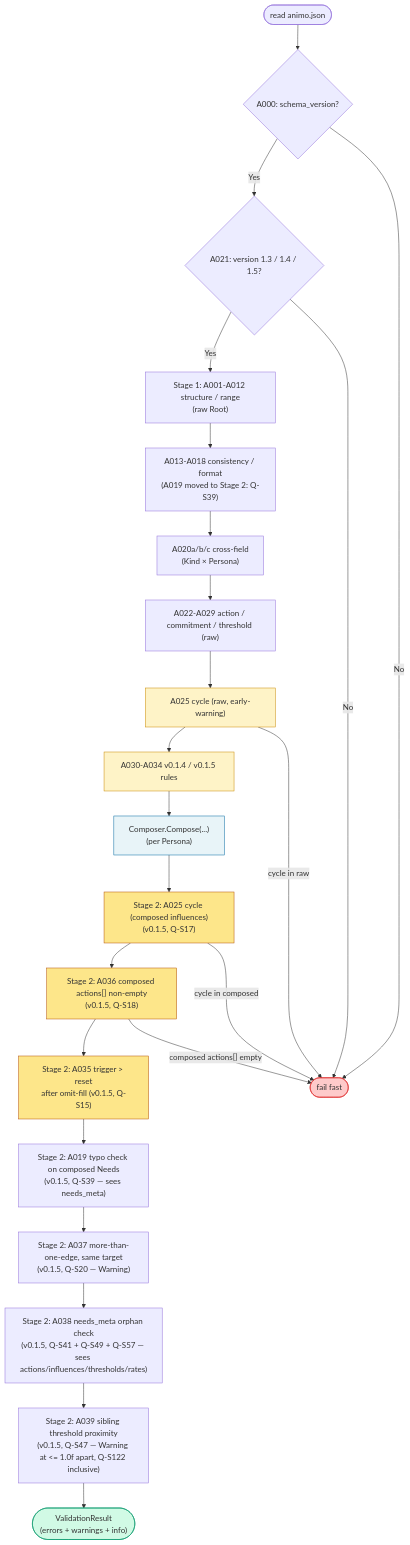
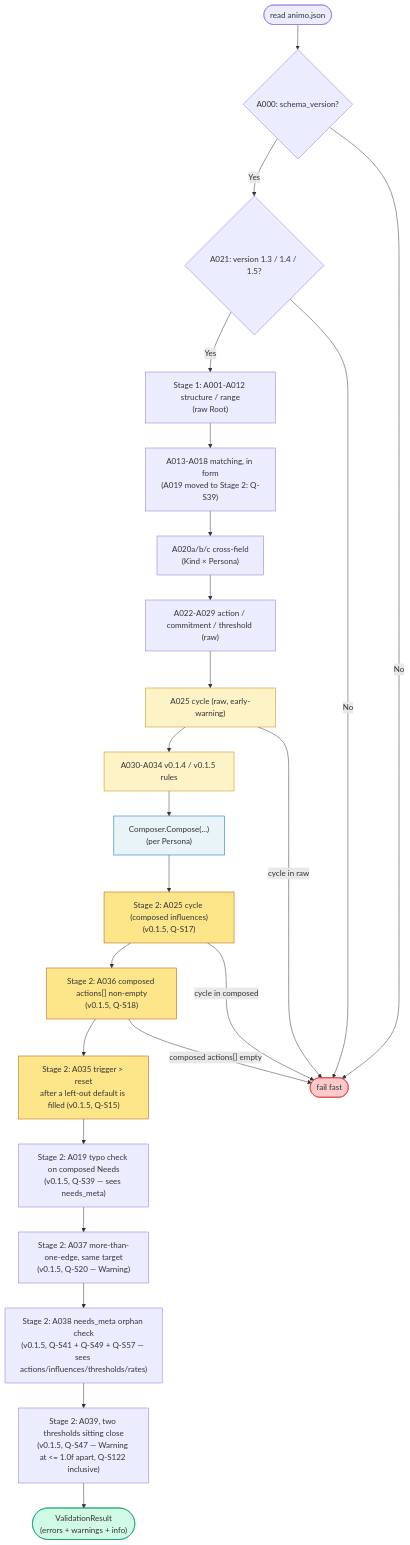
Diagram 34 of 56 in docs/animo_spec.md (hiroxpepe/animo), drawn with Mermaid before and after one commit. The commit also changed other lines of this file, not shown here.

Commit message:
fix: Update the mermaid diagram text to fit Basic English

````diff
--- a/docs/animo_spec.md
+++ b/docs/animo_spec.md
@@ -1899,38 +1899,38 @@
 ```mermaid
 flowchart TB
   Start(["read animo.json"])
   P1{"A000: schema_version?"}
   P2{"A021: version 1.3 / 1.4 / 1.5?"}
   P3["Stage 1: A001-A012 structure / range<br/>(raw Root)"]
-  P4["A013-A018 consistency / format<br/>(A019 moved to Stage 2: Q-S39)"]
+  P4["A013-A018 matching, in form<br/>(A019 moved to Stage 2: Q-S39)"]
   P5["A020a/b/c cross-field<br/>(Kind × Persona)"]
   P6["A022-A029 action / commitment / threshold (raw)"]
   P7["A025 cycle (raw, early-warning)"]
   P8["A030-A034 v0.1.4 / v0.1.5 rules"]
   Compose["Composer.Compose(...)<br/>(per Persona)"]
   P9a["Stage 2: A025 cycle (composed influences)<br/>(v0.1.5, Q-S17)"]
   P9b["Stage 2: A036 composed actions[] non-empty<br/>(v0.1.5, Q-S18)"]
-  P9c["Stage 2: A035 trigger > reset<br/>after omit-fill (v0.1.5, Q-S15)"]
+  P9c["Stage 2: A035 trigger > reset<br/>after a left-out default is filled (v0.1.5, Q-S15)"]
   P9d["Stage 2: A019 typo check on composed Needs<br/>(v0.1.5, Q-S39 — sees needs_meta)"]
   P9e["Stage 2: A037 more-than-one-edge, same target<br/>(v0.1.5, Q-S20 — Warning)"]
   P9f["Stage 2: A038 needs_meta orphan check<br/>(v0.1.5, Q-S41 + Q-S49 + Q-S57 — sees actions/influences/thresholds/rates)"]
-  P9g["Stage 2: A039 sibling threshold proximity<br/>(v0.1.5, Q-S47 — Warning at <= 1.0f apart, Q-S122 inclusive)"]
+  P9g["Stage 2: A039, two thresholds sitting close<br/>(v0.1.5, Q-S47 — Warning at <= 1.0f apart, Q-S122 inclusive)"]
   Result(["ValidationResult<br/>(errors + warnings + info)"])
   Start --> P1
   P1 -->|"No"| Err(["fail fast"])
   P1 -->|"Yes"| P2
   P2 -->|"No"| Err
   P2 -->|"Yes"| P3
   P3 --> P4 --> P5 --> P6 --> P7 --> P8 --> Compose --> P9a --> P9b --> P9c --> P9d --> P9e --> P9f --> P9g --> Result
   P7 -->|"cycle in raw"| Err
   P9a -->|"cycle in composed"| Err
   P9b -->|"composed actions[] empty"| Err
   style Err fill:#fecaca,stroke:#dc2626
   style Result fill:#d1fae5,stroke:#059669
   style P7 fill:#fef3c7,stroke:#ca8a04
   style P8 fill:#fef3c7,stroke:#ca8a04
   style Compose fill:#e8f4f8,stroke:#0369a1
   style P9a fill:#fde68a,stroke:#b45309
   style P9b fill:#fde68a,stroke:#b45309
   style P9c fill:#fde68a,stroke:#b45309
 ```
````
